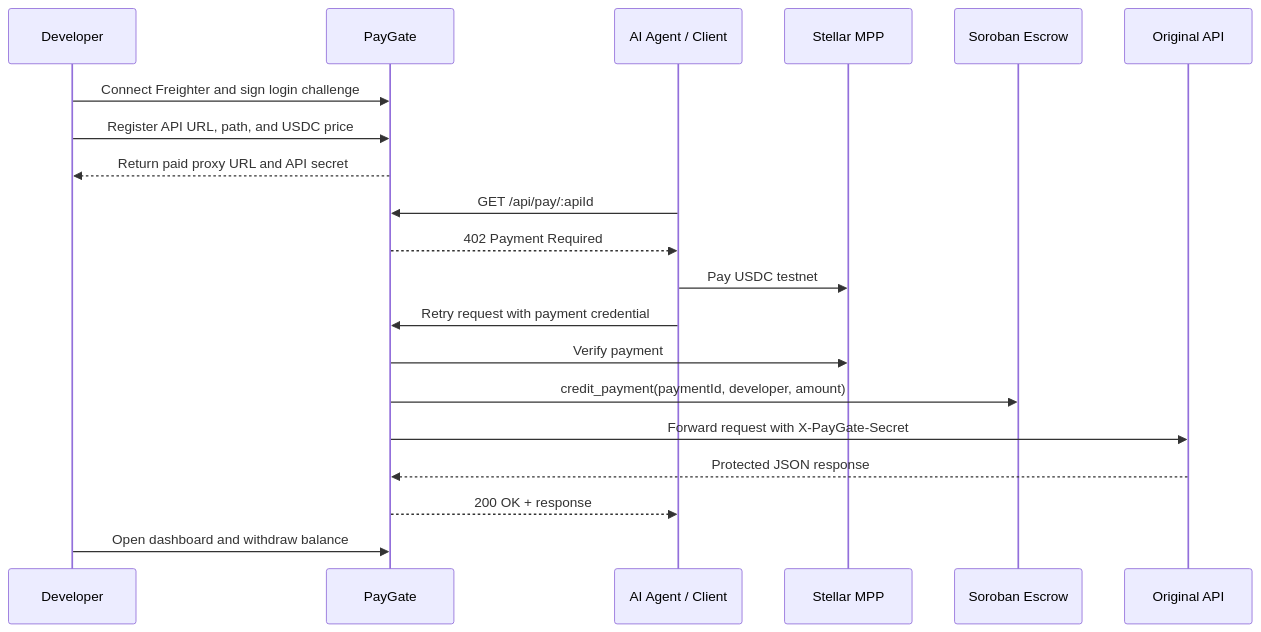
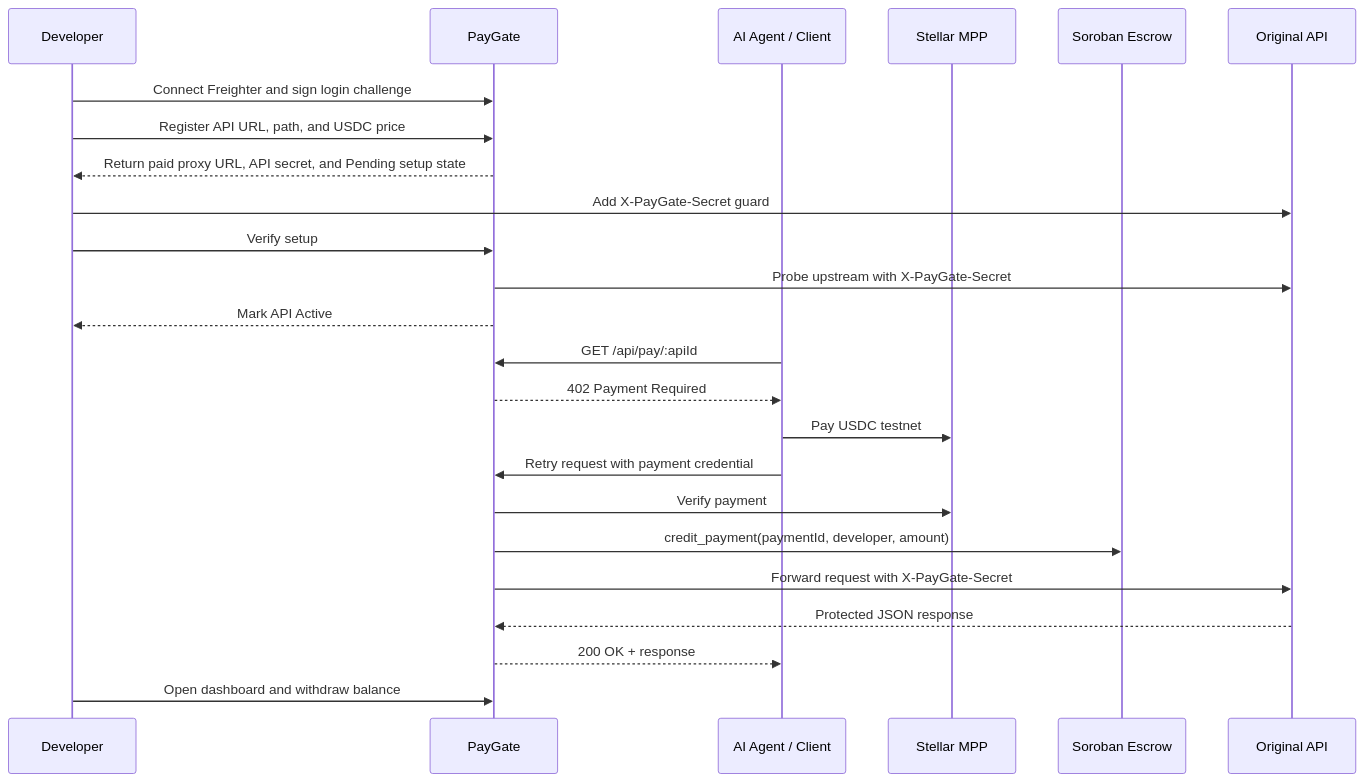
Before and after one commit to wildanniam/paygate-stellar: the first of 2 diagrams in README.md, drawn with Mermaid. The commit also changed other lines of this file and 7 other files, not shown here.

````diff
--- a/README.md
+++ b/README.md
@@ -141,23 +147,27 @@
 ```mermaid
 sequenceDiagram
   participant Dev as Developer
   participant PayGate
   participant Agent as AI Agent / Client
   participant MPP as Stellar MPP
   participant Escrow as Soroban Escrow
   participant API as Original API
 
   Dev->>PayGate: Connect Freighter and sign login challenge
   Dev->>PayGate: Register API URL, path, and USDC price
-  PayGate-->>Dev: Return paid proxy URL and API secret
+  PayGate-->>Dev: Return paid proxy URL, API secret, and Pending setup state
+  Dev->>API: Add X-PayGate-Secret guard
+  Dev->>PayGate: Verify setup
+  PayGate->>API: Probe upstream with X-PayGate-Secret
+  PayGate-->>Dev: Mark API Active
   Agent->>PayGate: GET /api/pay/:apiId
   PayGate-->>Agent: 402 Payment Required
   Agent->>MPP: Pay USDC testnet
   Agent->>PayGate: Retry request with payment credential
   PayGate->>MPP: Verify payment
   PayGate->>Escrow: credit_payment(paymentId, developer, amount)
   PayGate->>API: Forward request with X-PayGate-Secret
   API-->>PayGate: Protected JSON response
   PayGate-->>Agent: 200 OK + response
   Dev->>PayGate: Open dashboard and withdraw balance
 ```
````
